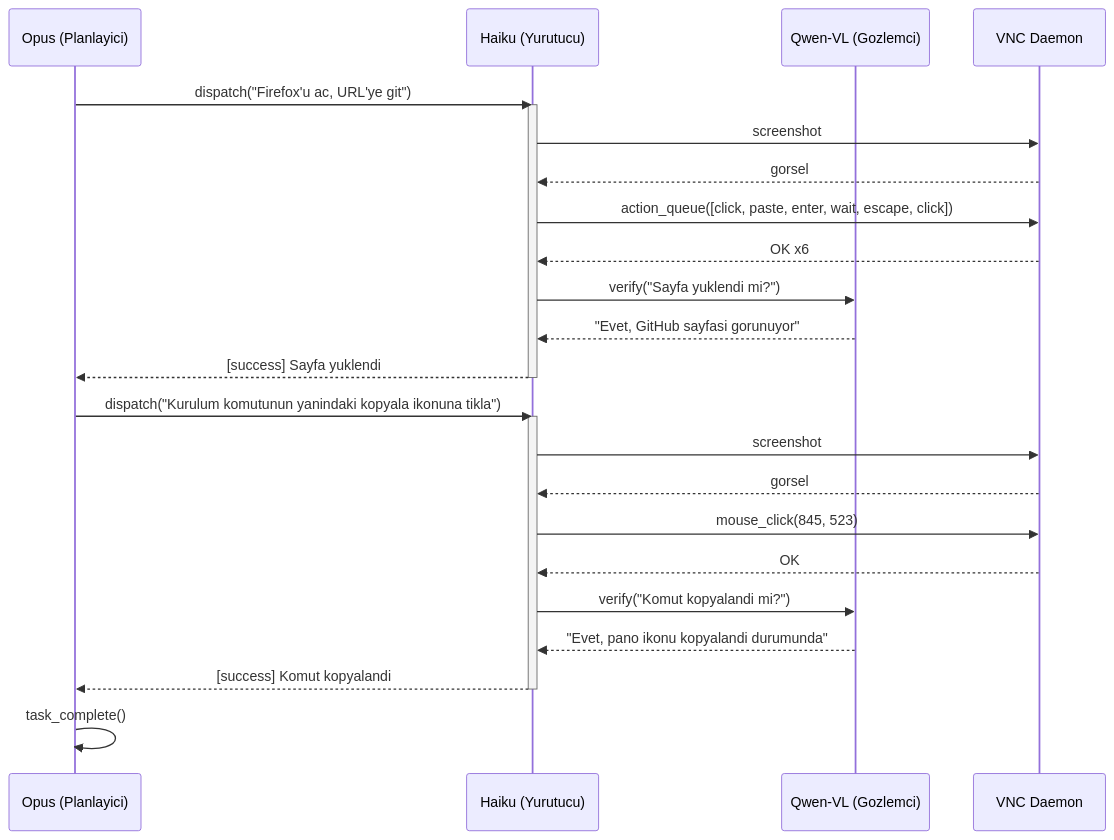
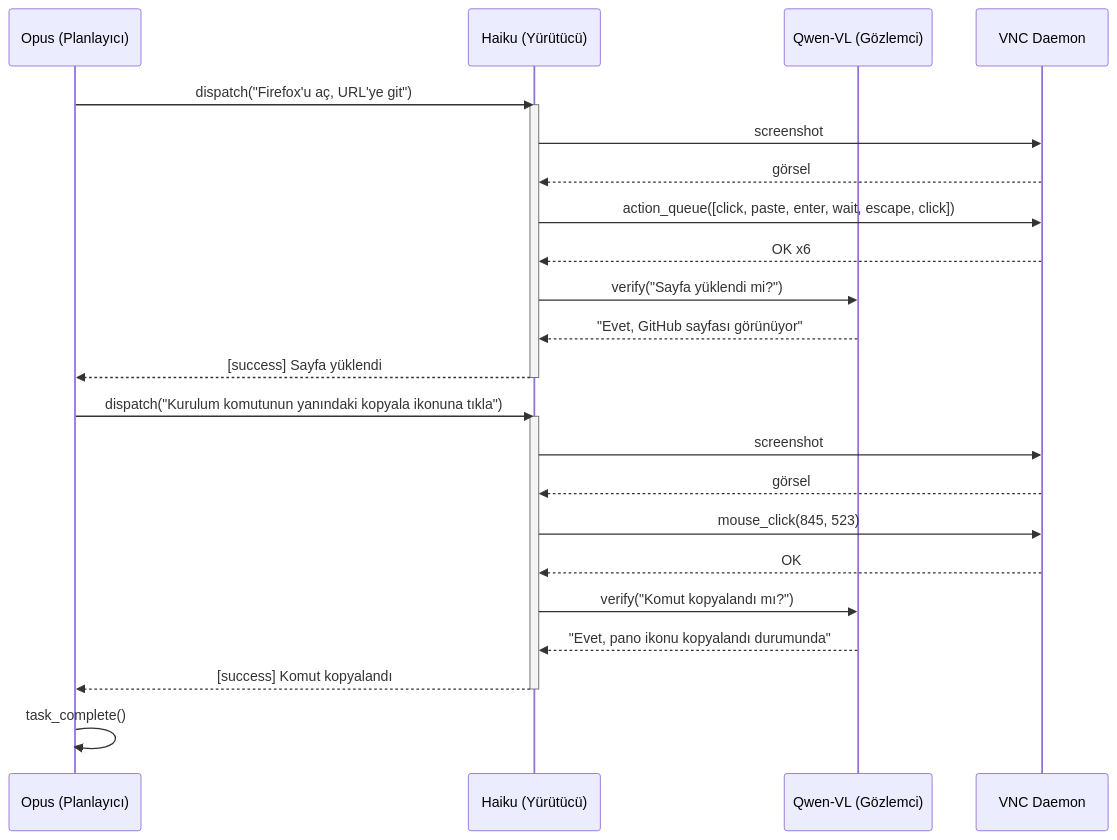
The diagram in test/README_TR.md (ARAS-Workspace/claude-kvm), drawn with Mermaid before and after one commit. The commit also changed other lines of this file and 1 other file, not shown here.

````diff
--- a/test/README_TR.md
+++ b/test/README_TR.md
@@ -53,31 +7,31 @@
 ```mermaid
 sequenceDiagram
-    participant P as Opus (Planlayici)
-    participant E as Haiku (Yurutucu)
-    participant O as Qwen-VL (Gozlemci)
+    participant P as Opus (Planlayıcı)
+    participant E as Haiku (Yürütücü)
+    participant O as Qwen-VL (Gözlemci)
     participant V as VNC Daemon
 
-    P->>E: dispatch("Firefox'u ac, URL'ye git")
+    P->>E: dispatch("Firefox'u aç, URL'ye git")
     activate E
     E->>V: screenshot
-    V-->>E: gorsel
+    V-->>E: görsel
     E->>V: action_queue([click, paste, enter, wait, escape, click])
     V-->>E: OK x6
-    E->>O: verify("Sayfa yuklendi mi?")
-    O-->>E: "Evet, GitHub sayfasi gorunuyor"
-    E-->>P: [success] Sayfa yuklendi
+    E->>O: verify("Sayfa yüklendi mi?")
+    O-->>E: "Evet, GitHub sayfası görünüyor"
+    E-->>P: [success] Sayfa yüklendi
     deactivate E
 
-    P->>E: dispatch("Kurulum komutunun yanindaki kopyala ikonuna tikla")
+    P->>E: dispatch("Kurulum komutunun yanındaki kopyala ikonuna tıkla")
     activate E
     E->>V: screenshot
-    V-->>E: gorsel
+    V-->>E: görsel
     E->>V: mouse_click(845, 523)
     V-->>E: OK
-    E->>O: verify("Komut kopyalandi mi?")
-    O-->>E: "Evet, pano ikonu kopyalandi durumunda"
-    E-->>P: [success] Komut kopyalandi
+    E->>O: verify("Komut kopyalandı mı?")
+    O-->>E: "Evet, pano ikonu kopyalandı durumunda"
+    E-->>P: [success] Komut kopyalandı
     deactivate E
 
     P->>P: task_complete()
 ```
````
